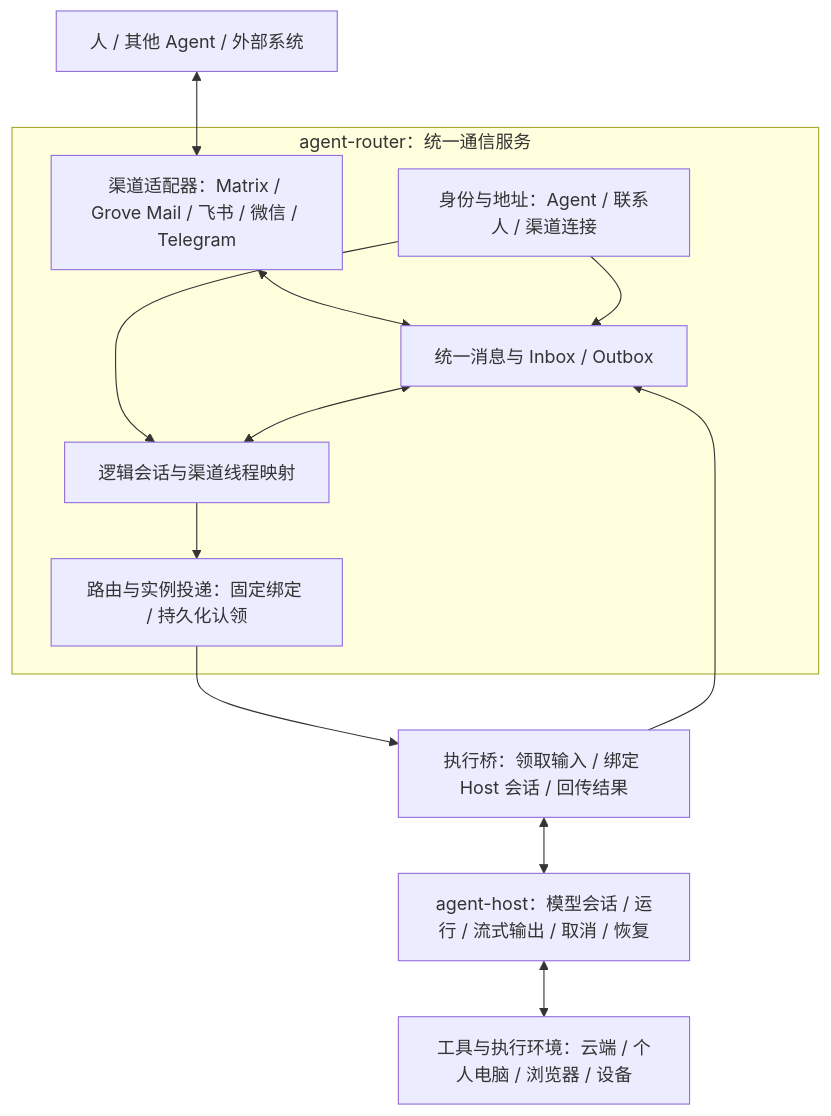
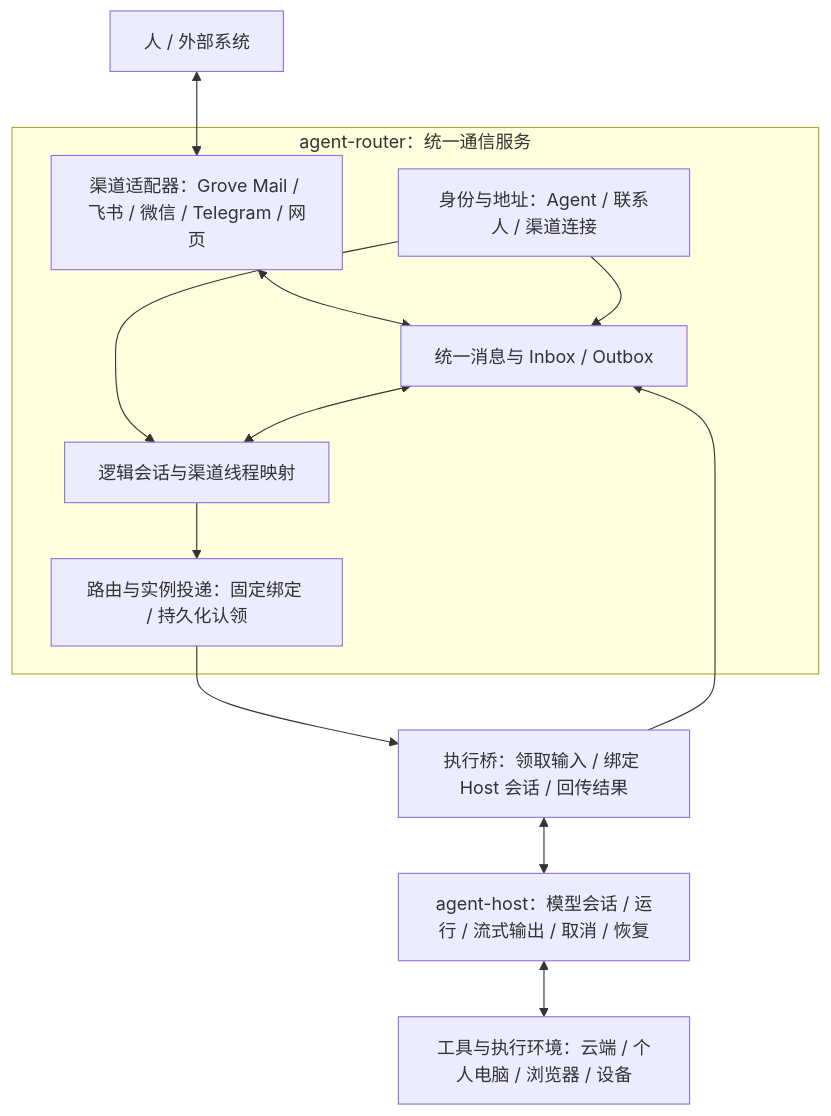
The diagram in packages/router/docs/architecture/communication-layer.md (Olorinm/agent-kit), drawn with Mermaid before and after one commit. The commit also changed other lines of this file and 33 other files, not shown here.

````diff
--- a/packages/router/docs/architecture/communication-layer.md
+++ b/packages/router/docs/architecture/communication-layer.md
@@ -13,24 +13,24 @@
 ```mermaid
 flowchart TB
-    people[人 / 其他 Agent / 外部系统]
+    people[人 / 外部系统]
     subgraph router[agent-router：统一通信服务]
-        adapters[渠道适配器：Matrix / Grove Mail / 飞书 / 微信 / Telegram]
+        adapters[渠道适配器：Grove Mail / 飞书 / 微信 / Telegram / 网页]
         identity[身份与地址：Agent / 联系人 / 渠道连接]
         messages[统一消息与 Inbox / Outbox]
         conversations[逻辑会话与渠道线程映射]
         delivery[路由与实例投递：固定绑定 / 持久化认领]
         adapters <--> messages
         identity --> messages
         identity --> conversations
         messages <--> conversations
         conversations --> delivery
     end
     bridge[执行桥：领取输入 / 绑定 Host 会话 / 回传结果]
     host[agent-host：模型会话 / 运行 / 流式输出 / 取消 / 恢复]
     tools[工具与执行环境：云端 / 个人电脑 / 浏览器 / 设备]
     people <--> adapters
     delivery --> bridge
     bridge --> messages
     bridge <--> host
     host <--> tools
 ```
````
